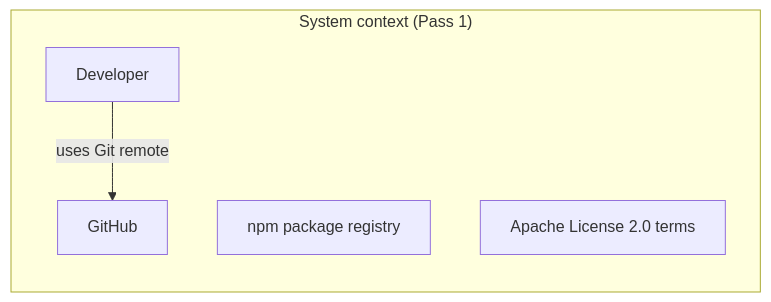
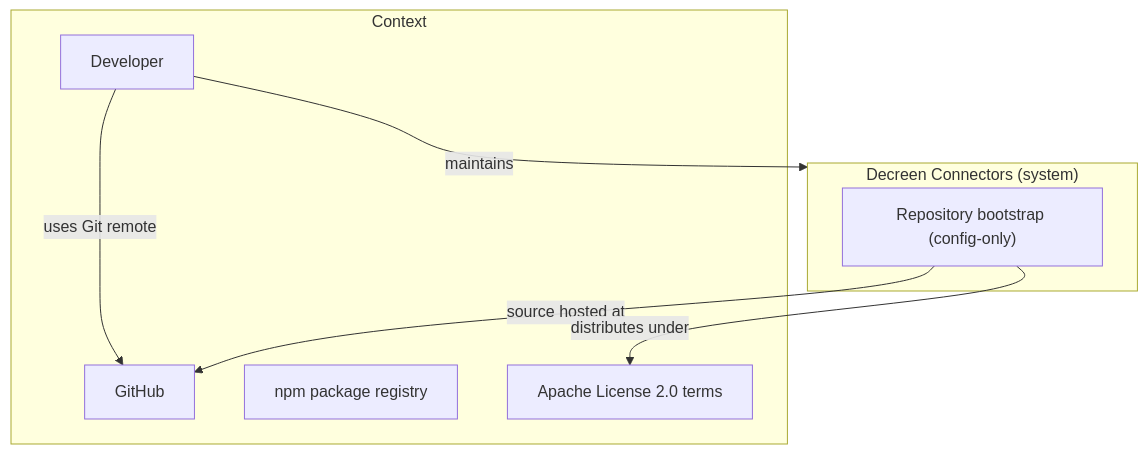
Before and after one commit to Decreen/decreen-connectors: the diagram in docs/c4-live.mermaid.md, drawn with Mermaid. The commit also changed 3 other files, not shown here.

Commit message:
feat(c4): Pass 2 system boundary and single bootstrap container

````diff
--- a/docs/c4-live.mermaid.md
+++ b/docs/c4-live.mermaid.md
@@ -3,10 +3,16 @@
 ```mermaid
-flowchart LR
-  subgraph L1["System context (Pass 1)"]
+flowchart TB
+  subgraph L1["Context"]
     actor_developer["Developer"]
     ext_github["GitHub"]
     ext_npm["npm package registry"]
     ext_license["Apache License 2.0 terms"]
   end
+  subgraph L2["Decreen Connectors (system)"]
+    ctr_bootstrap["Repository bootstrap (config-only)"]
+  end
   actor_developer -->|"uses Git remote"| ext_github
+  actor_developer -->|"maintains"| L2
+  ctr_bootstrap -->|"source hosted at"| ext_github
+  ctr_bootstrap -->|"distributes under"| ext_license
 ```
````
